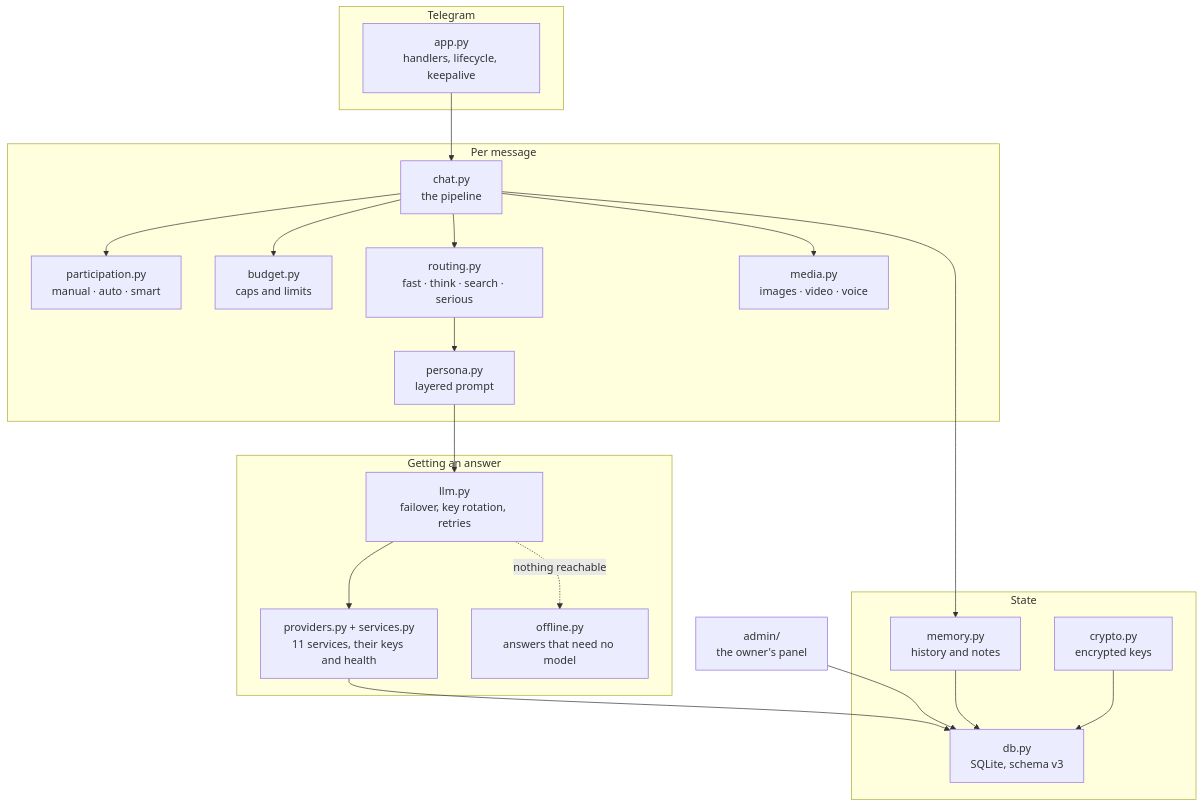
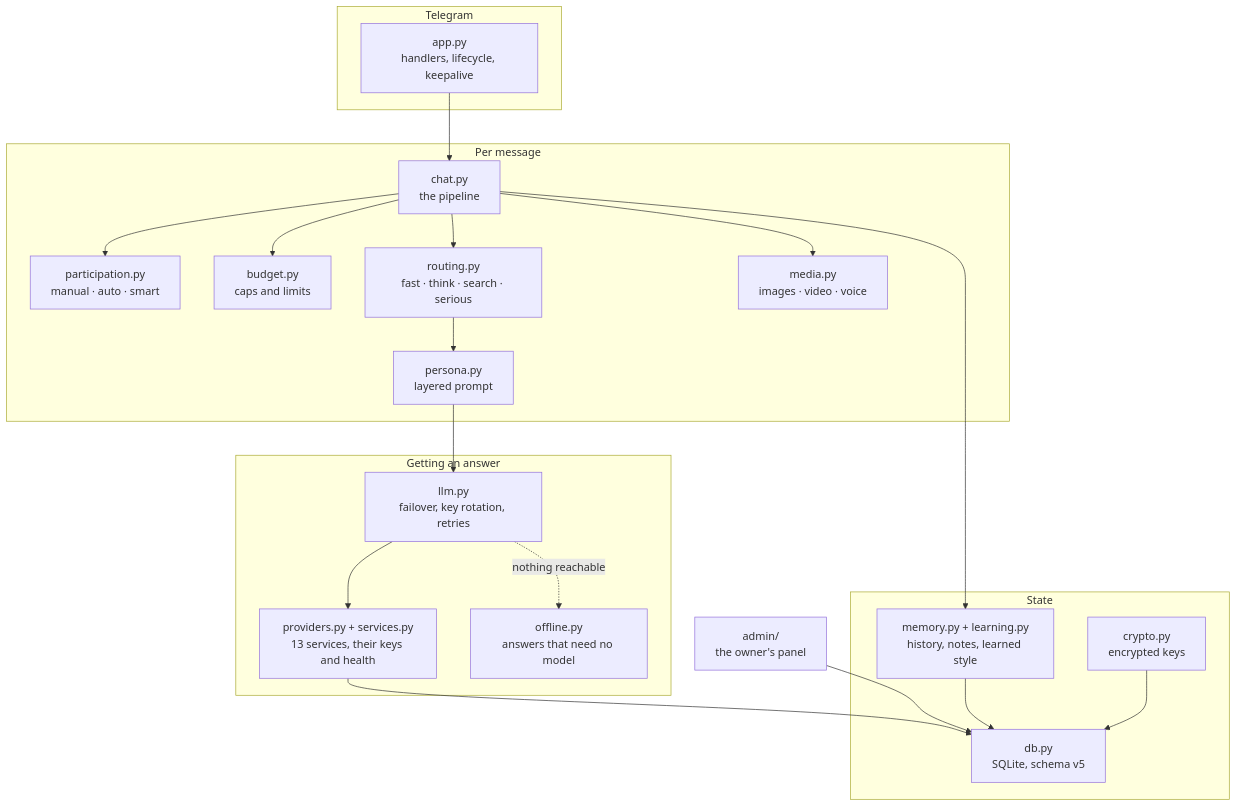
One commit to hami9/Astolfo changed the first of 2 diagrams in docs/ARCHITECTURE.md. Above: the diagram before and after it, drawn with Mermaid. The commit also changed other lines of this file and 20 other files, not shown here.

````diff
--- a/docs/ARCHITECTURE.md
+++ b/docs/ARCHITECTURE.md
@@ -7,33 +7,33 @@
 ```mermaid
 flowchart TB
     subgraph tg["Telegram"]
         A["app.py<br/>handlers, lifecycle, keepalive"]
     end
     subgraph pipe["Per message"]
         B["chat.py<br/>the pipeline"]
         C["participation.py<br/>manual · auto · smart"]
         D["budget.py<br/>caps and limits"]
         E["routing.py<br/>fast · think · search · serious"]
         F["persona.py<br/>layered prompt"]
         G["media.py<br/>images · video · voice"]
     end
     subgraph out["Getting an answer"]
         H["llm.py<br/>failover, key rotation, retries"]
-        I["providers.py + services.py<br/>11 services, their keys and health"]
+        I["providers.py + services.py<br/>13 services, their keys and health"]
         J["offline.py<br/>answers that need no model"]
     end
     subgraph state["State"]
-        K["memory.py<br/>history and notes"]
-        L["db.py<br/>SQLite, schema v3"]
+        K["memory.py + learning.py<br/>history, notes, learned style"]
+        L["db.py<br/>SQLite, schema v5"]
         M["crypto.py<br/>encrypted keys"]
     end
     A --> B
     B --> C & D & E & G
     E --> F --> H
     H --> I
     H -.->|nothing reachable| J
     B --> K --> L
     I --> L
     M --> L
     N["admin/<br/>the owner's panel"] --> L
 ```
````
